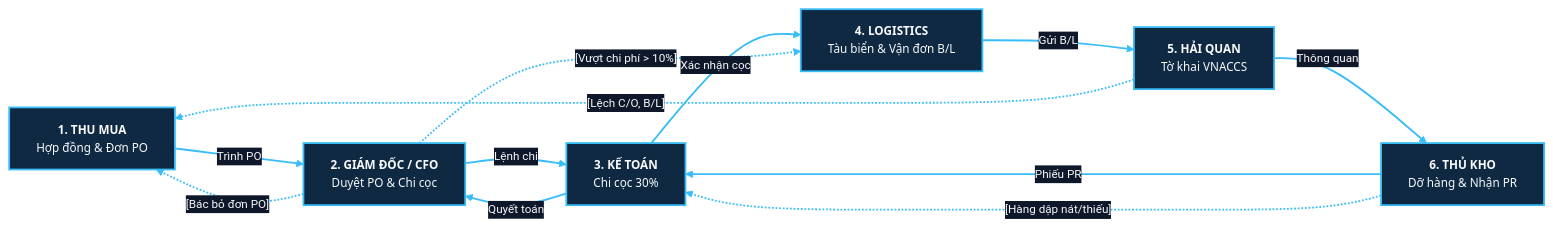
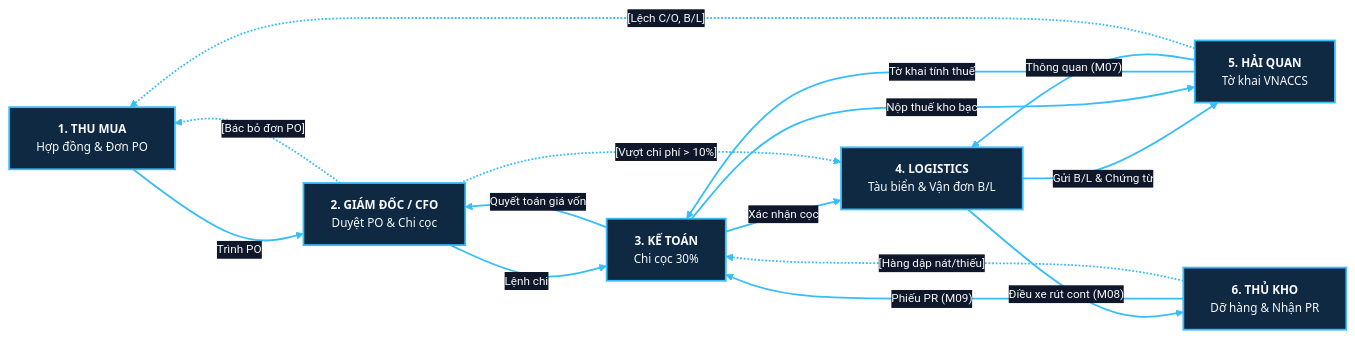
Before and after one commit to capkimkhanh2k5/Logistics_ERPNext_RAG: the first of 14 diagrams in LUONG_NGHIEP_VU_CAC_VAI_TRO_XUAT_NHAP_KHAU.md, drawn with Mermaid. The commit also changed other lines of this file and 3 other files, not shown here.

Commit message:
feat(critique-fix): implement full 13 expert critique points on architecture and workflows

````diff
--- a/LUONG_NGHIEP_VU_CAC_VAI_TRO_XUAT_NHAP_KHAU.md
+++ b/LUONG_NGHIEP_VU_CAC_VAI_TRO_XUAT_NHAP_KHAU.md
@@ -16,40 +16,43 @@
 ```mermaid
 %%{init: {
   'theme': 'base',
   'themeVariables': {
     'fontFamily': 'Segoe UI, Arial, sans-serif',
     'fontSize': '13px',
     'primaryColor': '#1E293B',
     'primaryTextColor': '#F8FAFC',
     'primaryBorderColor': '#38BDF8',
     'lineColor': '#38BDF8',
     'edgeLabelBackground': '#0F172A'
   }
 }}%%
 flowchart LR
     classDef default fill:#1E293B,stroke:#64748B,stroke-width:1.5px,color:#F8FAFC,font-family:Segoe UI,Arial,sans-serif;
     classDef role fill:#0F2942,stroke:#38BDF8,stroke-width:2px,color:#F8FAFC,font-family:Segoe UI,Arial,sans-serif;
 
     R1["<b>1. THU MUA</b><br>Hợp đồng & Đơn PO"]:::role
     R2["<b>2. GIÁM ĐỐC / CFO</b><br>Duyệt PO & Chi cọc"]:::role
     R3["<b>3. KẾ TOÁN</b><br>Chi cọc 30%"]:::role
     R4["<b>4. LOGISTICS</b><br>Tàu biển & Vận đơn B/L"]:::role
     R5["<b>5. HẢI QUAN</b><br>Tờ khai VNACCS"]:::role
     R6["<b>6. THỦ KHO</b><br>Dỡ hàng & Nhận PR"]:::role
 
     R1 ==>|"Trình PO"| R2
     R2 ==>|"Lệnh chi"| R3
     R3 ==>|"Xác nhận cọc"| R4
-    R4 ==>|"Gửi B/L"| R5
-    R5 ==>|"Thông quan"| R6
-    R6 ==>|"Phiếu PR"| R3
-    R3 ==>|"Quyết toán"| R2
+    R4 ==>|"Gửi B/L & Chứng từ"| R5
+    R5 ==>|"Tờ khai tính thuế"| R3
+    R3 ==>|"Nộp thuế kho bạc"| R5
+    R5 ==>|"Thông quan (M07)"| R4
+    R4 ==>|"Điều xe rút cont (M08)"| R6
+    R6 ==>|"Phiếu PR (M09)"| R3
+    R3 ==>|"Quyết toán giá vốn"| R2
 
     %% Các đường trả ngược về khi có biến cố
     R2 -. "[Bác bỏ đơn PO]" .-> R1
     R5 -. "[Lệch C/O, B/L]" .-> R1
     R6 -. "[Hàng dập nát/thiếu]" .-> R3
     R2 -. "[Vượt chi phí > 10%]" .-> R4
 
     linkStyle default stroke:#38BDF8,stroke-width:2px;
 ```
````
